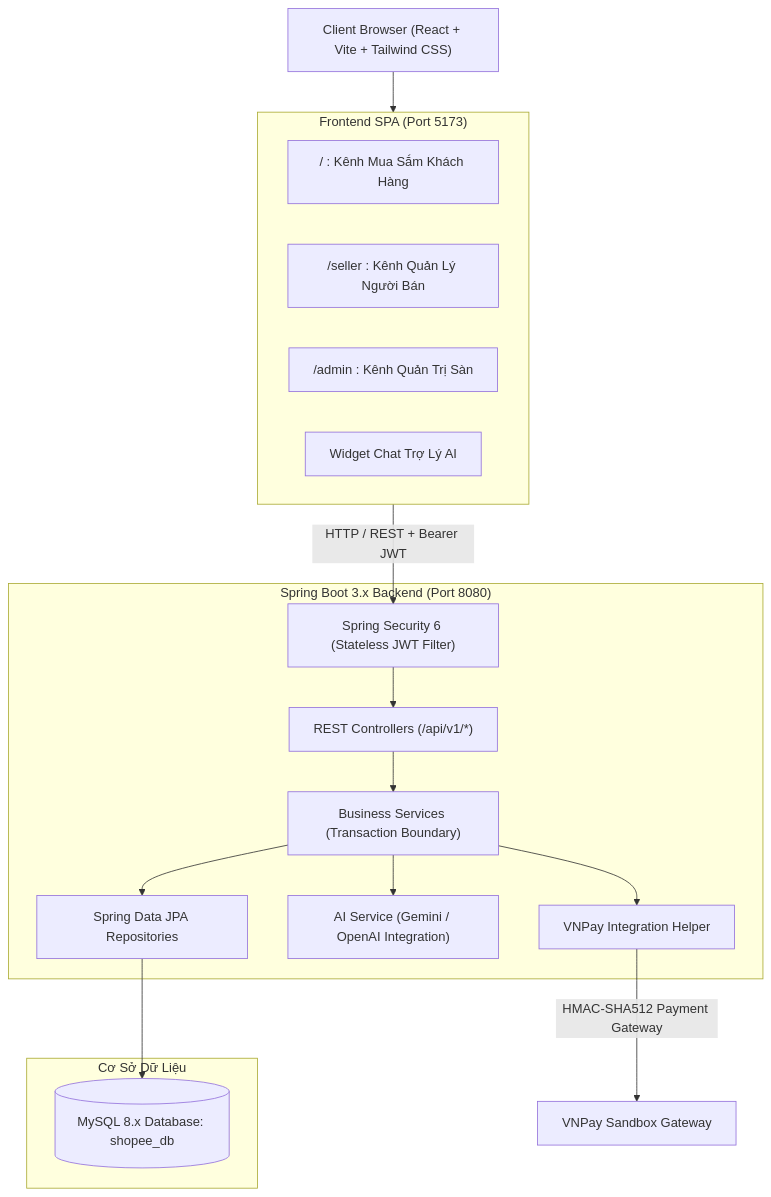
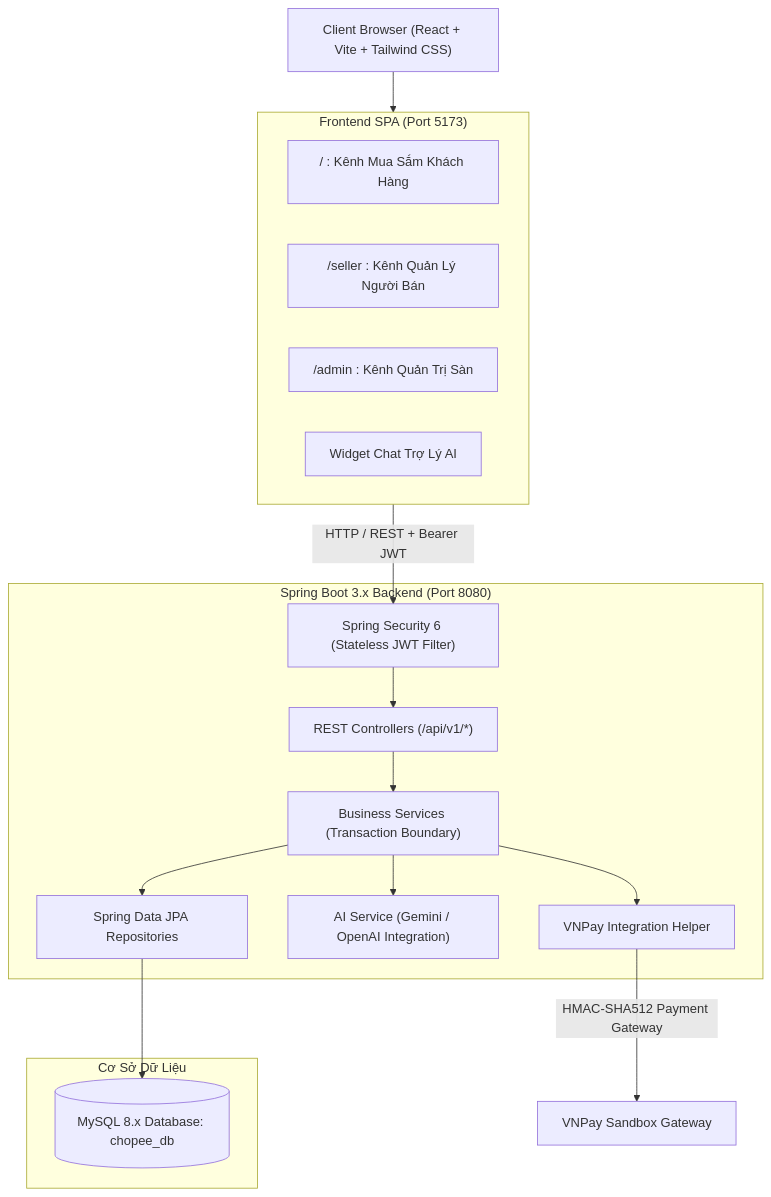
Before and after one commit to Tonyisme1/Chopee: the diagram in docs/superpowers/specs/2026-10-03-shopee-marketplace-design.md, drawn with Mermaid. The commit also changed 4 other files, not shown here.

Commit message:
chore(config): rename default database to chopee_db with CHG-20261004-012

````diff
--- a/docs/superpowers/specs/2026-10-03-shopee-marketplace-design.md
+++ b/docs/superpowers/specs/2026-10-03-shopee-marketplace-design.md
@@ -33,33 +33,33 @@
 ```mermaid
 graph TD
     Client["Client Browser (React + Vite + Tailwind CSS)"]
     subgraph Frontend["Frontend SPA (Port 5173)"]
         MarketLayout["/ : Kênh Mua Sắm Khách Hàng"]
         SellerLayout["/seller : Kênh Quản Lý Người Bán"]
         AdminLayout["/admin : Kênh Quản Trị Sàn"]
         AIChatWidget["Widget Chat Trợ Lý AI"]
     end
 
     subgraph Backend["Spring Boot 3.x Backend (Port 8080)"]
         Security["Spring Security 6 (Stateless JWT Filter)"]
         Controllers["REST Controllers (/api/v1/*)"]
         Services["Business Services (Transaction Boundary)"]
         Repositories["Spring Data JPA Repositories"]
         AIService["AI Service (Gemini / OpenAI Integration)"]
         PaymentService["VNPay Integration Helper"]
     end
 
     subgraph Storage["Cơ Sở Dữ Liệu"]
-        MySQL[("MySQL 8.x Database: shopee_db")]
+        MySQL[("MySQL 8.x Database: chopee_db")]
     end
 
     Client --> Frontend
     Frontend -->|HTTP / REST + Bearer JWT| Security
     Security --> Controllers
     Controllers --> Services
     Services --> Repositories
     Services --> AIService
     Services --> PaymentService
     Repositories --> MySQL
     PaymentService -->|HMAC-SHA512 Payment Gateway| VNPay["VNPay Sandbox Gateway"]
 ```
````
